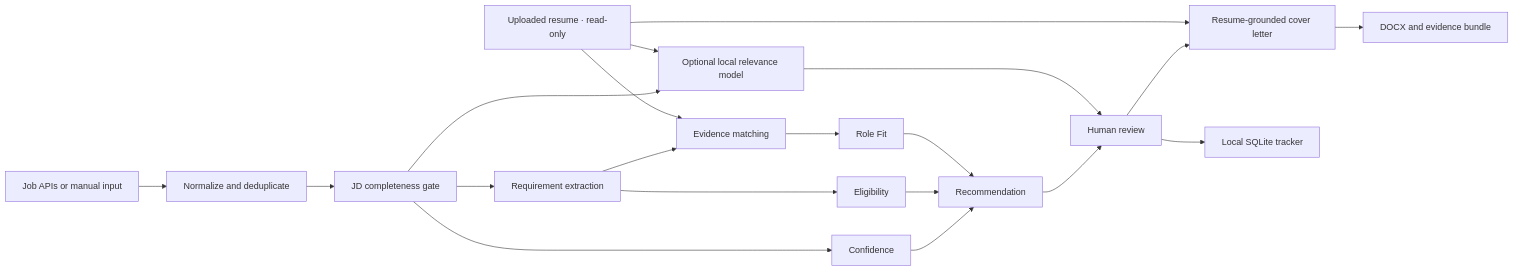
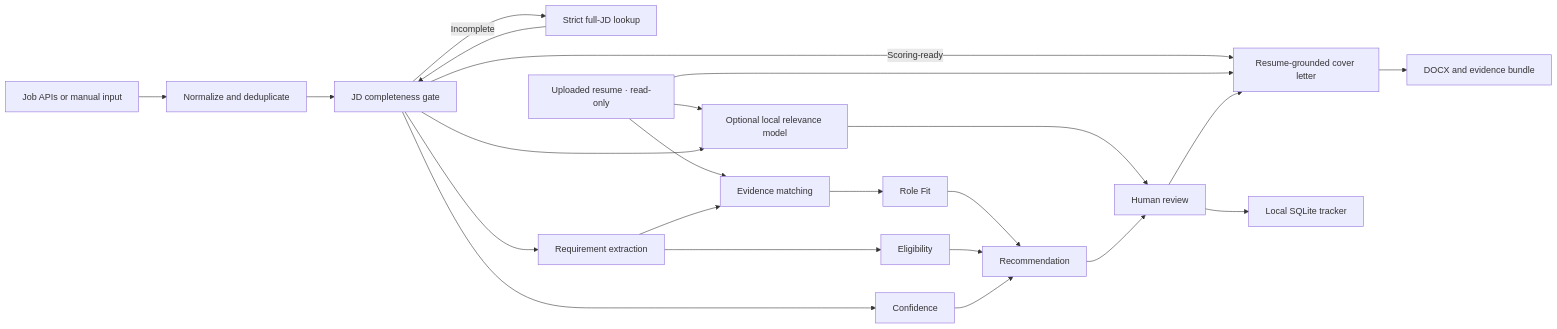
Before and after one commit to Xieyizhou/job-application-copilot: the diagram in README.md, drawn with Mermaid. The commit also changed other lines of this file and 22 other files, not shown here.

````diff
--- a/README.md
+++ b/README.md
@@ -81,22 +83,25 @@
 ```mermaid
 flowchart LR
     A["Job APIs or manual input"] --> B["Normalize and deduplicate"]
     B --> C["JD completeness gate"]
+    C -->|"Incomplete"| X["Strict full-JD lookup"]
+    X --> C
     C --> D["Requirement extraction"]
     R["Uploaded resume · read-only"] --> E["Evidence matching"]
     D --> E
     E --> F["Role Fit"]
     R --> ML["Optional local relevance model"]
     C --> ML
     ML --> J
     D --> G["Eligibility"]
     C --> H["Confidence"]
     F --> I["Recommendation"]
     G --> I
     H --> I
     I --> J["Human review"]
-    R --> K["Resume-grounded cover letter"]
+    C -->|"Scoring-ready"| K["Resume-grounded cover letter"]
+    R --> K
     J --> K
     K --> L["DOCX and evidence bundle"]
     J --> M["Local SQLite tracker"]
 ```
````
